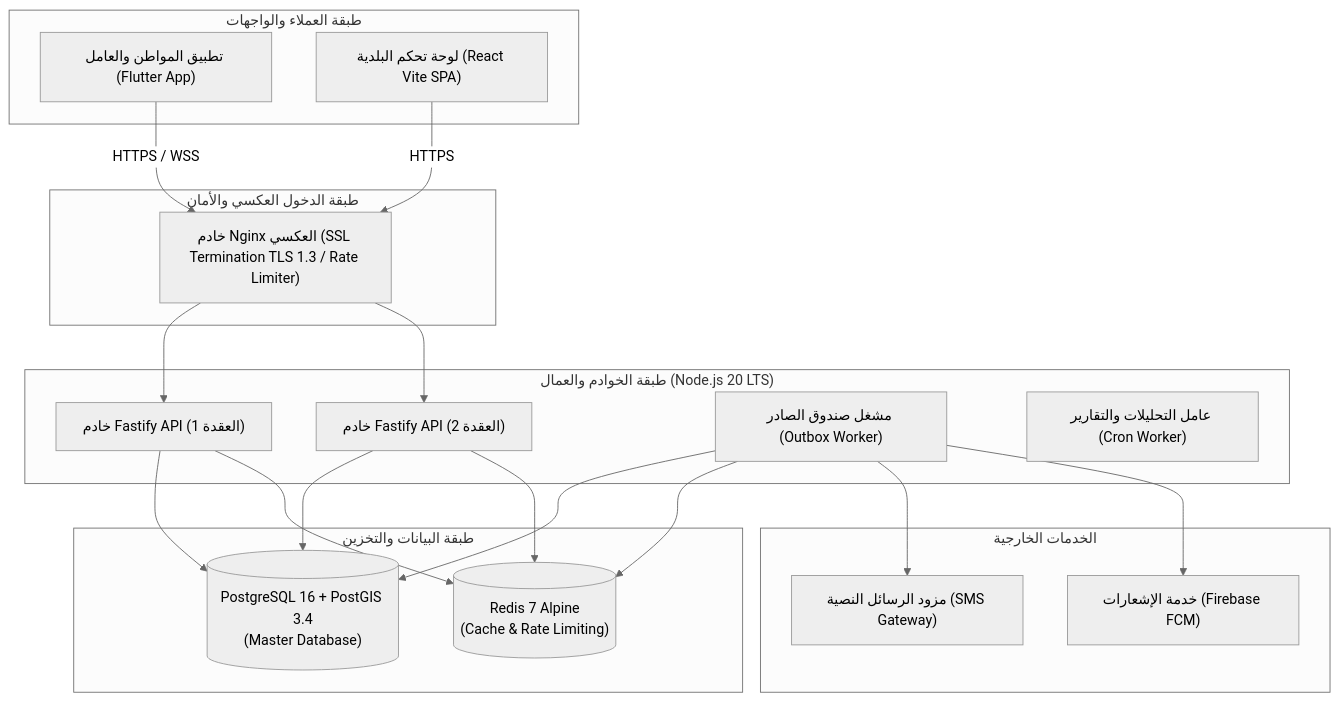
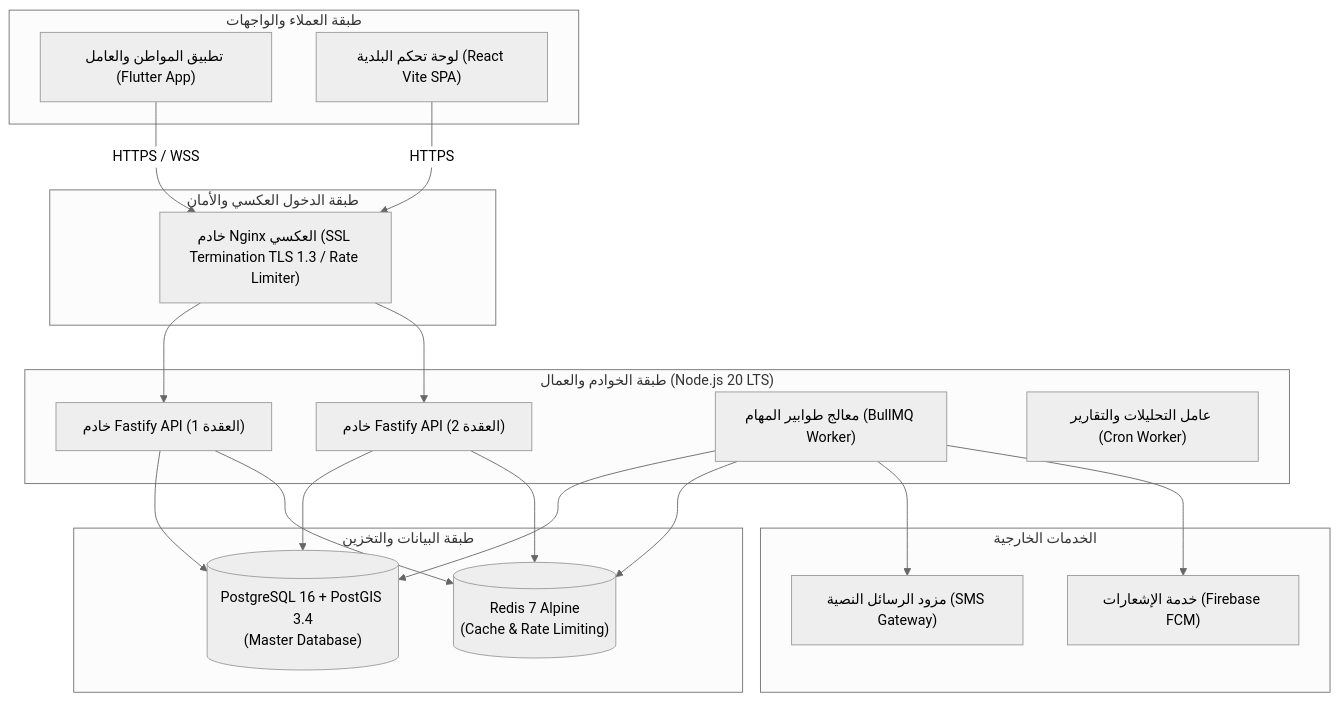
One commit to A-S-Y/Athar changed the diagram in docs/04-specifications/deployment-and-ops.md. Above: the diagram before and after it, drawn with Mermaid (neutral theme). The commit also changed other lines of this file and 27 other files, not shown here.

Commit message:
refactor: revert merchant escrow and outbox pattern to two-step store and direct background workers

````diff
--- a/docs/04-specifications/deployment-and-ops.md
+++ b/docs/04-specifications/deployment-and-ops.md
@@ -10,41 +10,41 @@
 ```mermaid
 flowchart TD
     subgraph ClientLayer ["طبقة العملاء والواجهات"]
         FlutterApp["تطبيق المواطن والعامل (Flutter App)"]
         AdminWeb["لوحة تحكم البلدية (React Vite SPA)"]
     end
 
     subgraph IngressLayer ["طبقة الدخول العكسي والأمان"]
         NginxProxy["خادم Nginx العكسي (SSL Termination TLS 1.3 / Rate Limiter)"]
     end
 
     subgraph AppLayer ["طبقة الخوادم والعمال (Node.js 20 LTS)"]
         FastifyAPI1["خادم Fastify API (العقدة 1)"]
         FastifyAPI2["خادم Fastify API (العقدة 2)"]
-        OutboxWorker["مشغل صندوق الصادر (Outbox Worker)"]
+        BackgroundWorker["معالج طوابير المهام (BullMQ Worker)"]
         AnalyticsWorker["عامل التحليلات والتقارير (Cron Worker)"]
     end
 
     subgraph DataLayer ["طبقة البيانات والتخزين"]
         PostgresDB[("PostgreSQL 16 + PostGIS 3.4<br/>(Master Database)")]
         RedisCache[("Redis 7 Alpine<br/>(Cache & Rate Limiting)")]
     end
 
     subgraph ExternalServices ["الخدمات الخارجية"]
         YemenSMS["مزود الرسائل النصية (SMS Gateway)"]
         FCM["خدمة الإشعارات (Firebase FCM)"]
     end
 
     FlutterApp -->|HTTPS / WSS| NginxProxy
     AdminWeb -->|HTTPS| NginxProxy
     NginxProxy --> FastifyAPI1
     NginxProxy --> FastifyAPI2
     FastifyAPI1 --> PostgresDB
     FastifyAPI2 --> PostgresDB
     FastifyAPI1 --> RedisCache
     FastifyAPI2 --> RedisCache
-    OutboxWorker --> PostgresDB
-    OutboxWorker --> RedisCache
-    OutboxWorker --> YemenSMS
-    OutboxWorker --> FCM
+    BackgroundWorker --> PostgresDB
+    BackgroundWorker --> RedisCache
+    BackgroundWorker --> YemenSMS
+    BackgroundWorker --> FCM
 ```
````
